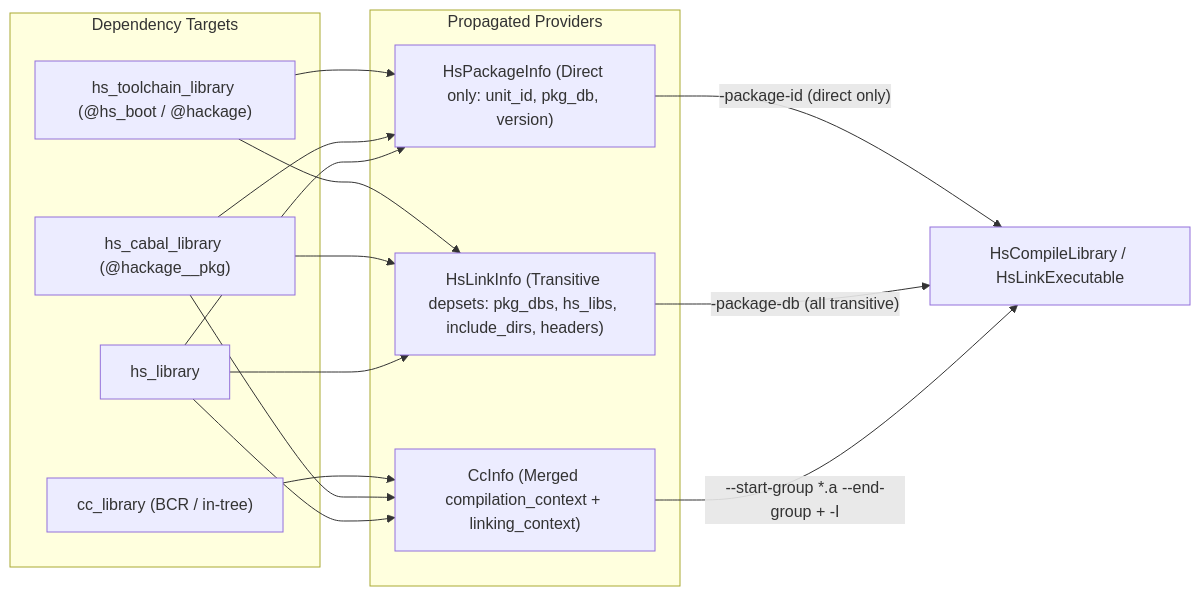
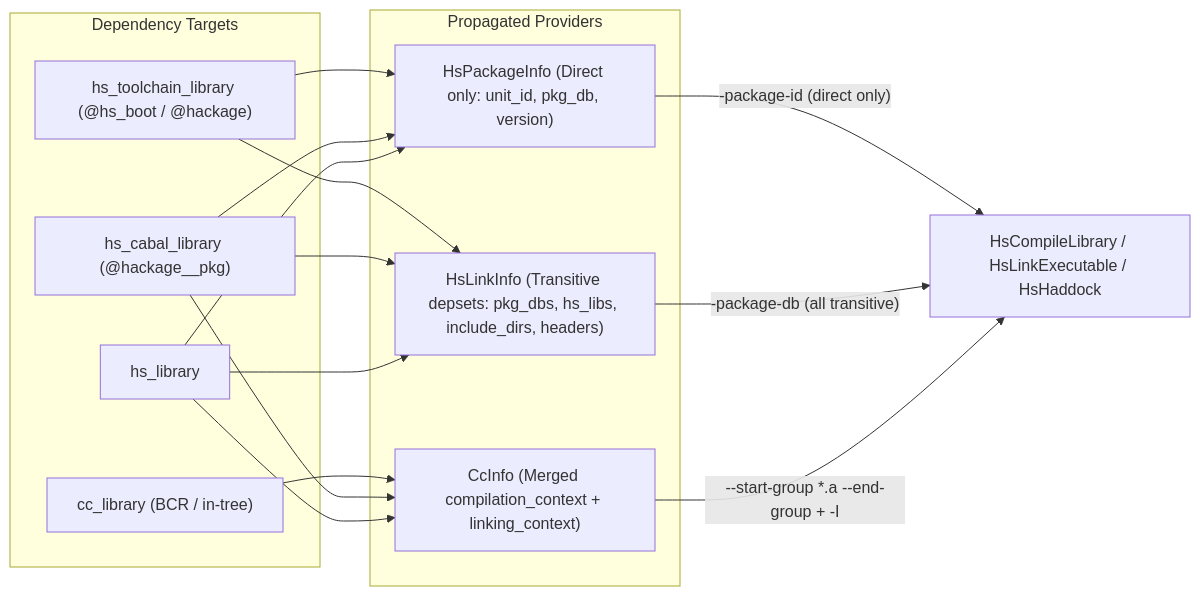
One commit to kaycebasques/hs changed the diagram in docs/content/internals/providers-and-actions.md. Above: the diagram before and after it, drawn with Mermaid. The commit also changed other lines of this file and 6 other files, not shown here.

````diff
--- a/docs/content/internals/providers-and-actions.md
+++ b/docs/content/internals/providers-and-actions.md
@@ -13,29 +13,29 @@
 ```mermaid
 flowchart LR
     subgraph Deps["Dependency Targets"]
         BOOT["hs_toolchain_library (@hs_boot / @hackage)"]
         CCLIB["cc_library (BCR / in-tree)"]
         CABAL["hs_cabal_library (@hackage__pkg)"]
         HSLIB["hs_library"]
     end
 
     subgraph Providers["Propagated Providers"]
         PKG["HsPackageInfo (Direct only: unit_id, pkg_db, version)"]
         LINK["HsLinkInfo (Transitive depsets: pkg_dbs, hs_libs, include_dirs, headers)"]
         CC["CcInfo (Merged compilation_context + linking_context)"]
     end
 
     BOOT --> PKG
     BOOT --> LINK
     CCLIB --> CC
     CABAL --> PKG
     CABAL --> LINK
     CABAL --> CC
     HSLIB --> PKG
     HSLIB --> LINK
     HSLIB --> CC
 
-    PKG -->|"-package-id (direct only)"| COMP["HsCompileLibrary / HsLinkExecutable"]
+    PKG -->|"-package-id (direct only)"| COMP["HsCompileLibrary / HsLinkExecutable / HsHaddock"]
     LINK -->|"-package-db (all transitive)"| COMP
     CC -->|"--start-group *.a --end-group + -I"| COMP
 ```
````
